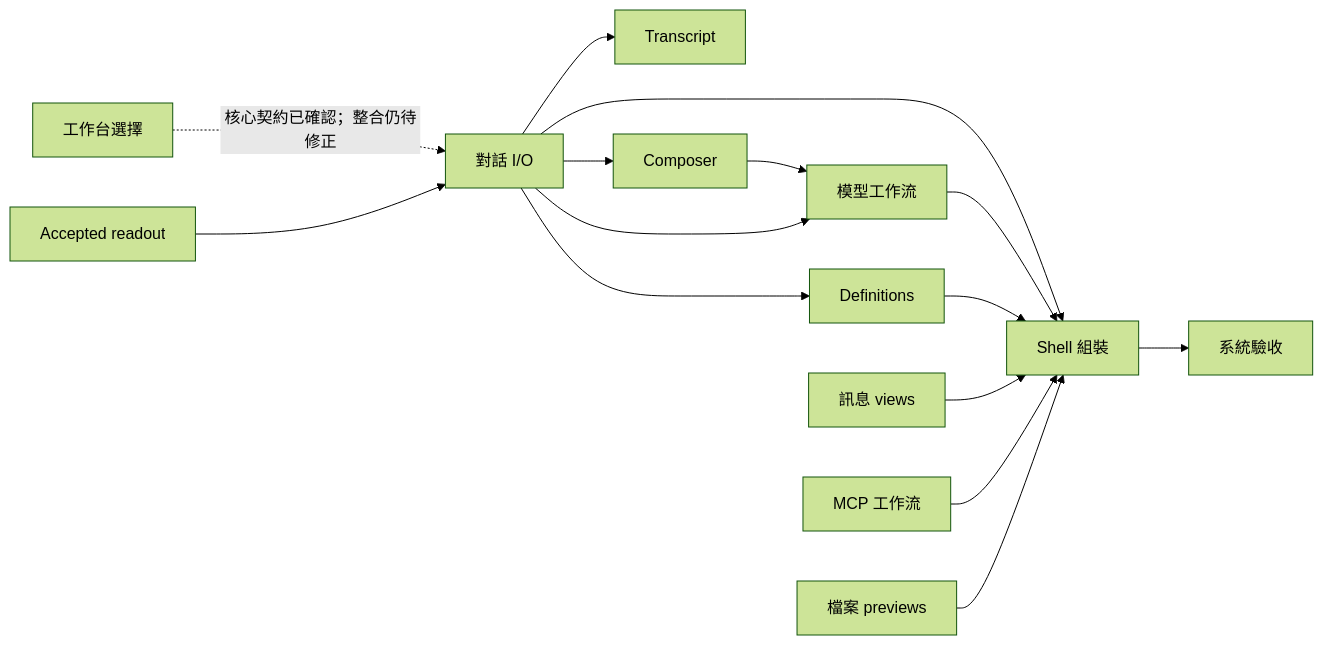
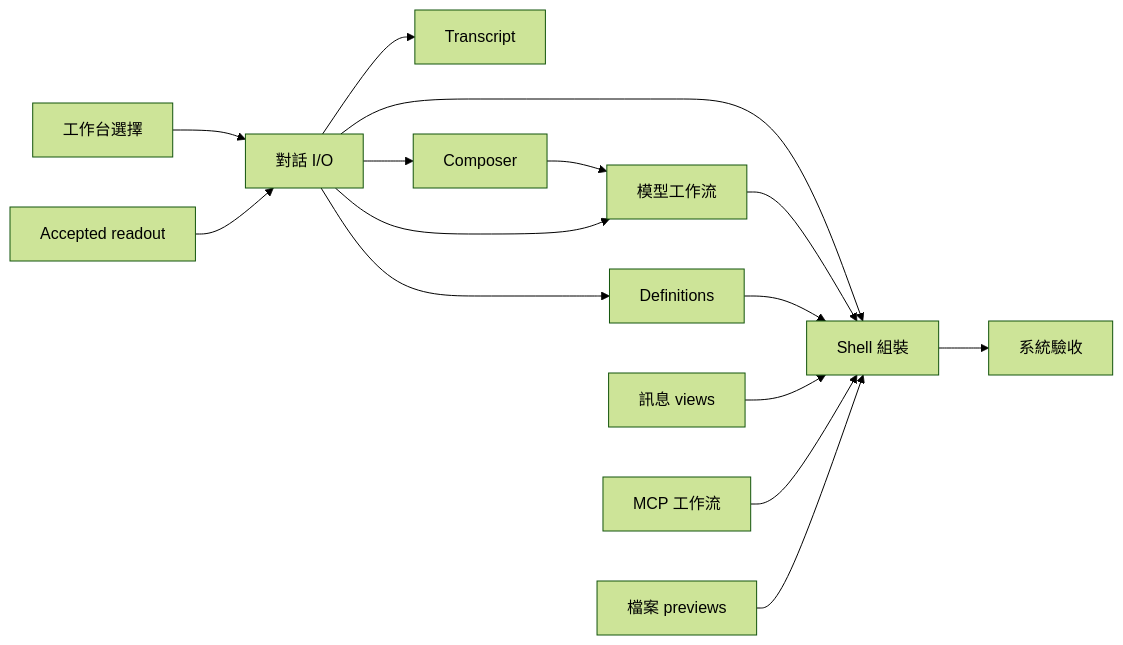
Before and after one commit to hheei/hepi-harness: the diagram in .scratch/ui-architecture-refactor/ticket-plan.md, drawn with Mermaid (forest theme). The commit also changed other lines of this file and 10 other files, not shown here.

````diff
--- a/.scratch/ui-architecture-refactor/ticket-plan.md
+++ b/.scratch/ui-architecture-refactor/ticket-plan.md
@@ -30,18 +34,18 @@
 ```mermaid
 flowchart LR
-  A[工作台選擇] -. 核心契約已確認；整合仍待修正 .-> C[對話 I/O]
+  A[工作台選擇] --> C[對話 I/O]
   B[Accepted readout] --> C
   C --> D[Transcript]
   C --> E[Composer]
   E --> F[模型工作流]
   C --> F
   C --> H[Definitions]
   I[訊息 views]
   C --> K[Shell 組裝]
   F --> K
   H --> K
   I --> K
   G[MCP 工作流] --> K
   J[檔案 previews] --> K
   K --> L[系統驗收]
 ```
````
